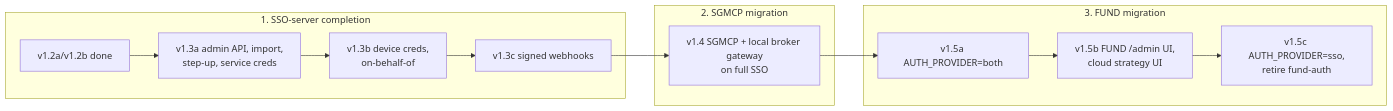
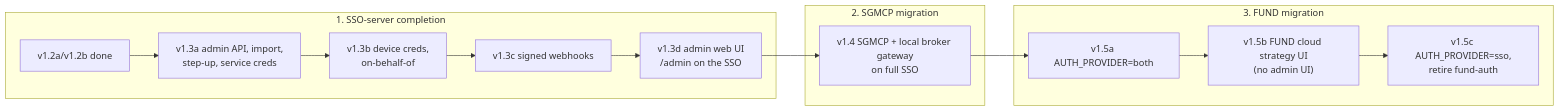
Diagram 18 of 18 in docs/ECOSYSTEM-INTEGRATION.md (Neural-Matrix-LLC/SSO-server), drawn with Mermaid before and after one commit. The commit also changed other lines of this file, not shown here.

Commit message:
docs(ecosystem): admin UI moves to the SSO (/admin, v1.3d); FUND v1.5b loses admin UI; SGMCP v1.4 design pointer

````diff
--- a/docs/ECOSYSTEM-INTEGRATION.md
+++ b/docs/ECOSYSTEM-INTEGRATION.md
@@ -863,15 +891,16 @@
 ```mermaid
 flowchart LR
   subgraph S1["1. SSO-server completion"]
     A["v1.2a/v1.2b done"] --> B["v1.3a admin API, import,<br/>step-up, service creds"]
     B --> C["v1.3b device creds,<br/>on-behalf-of"]
     C --> D["v1.3c signed webhooks"]
+    D --> D2["v1.3d admin web UI<br/>/admin on the SSO"]
   end
   subgraph S2["2. SGMCP migration"]
     E["v1.4 SGMCP + local broker gateway<br/>on full SSO"]
   end
   subgraph S3["3. FUND migration"]
-    F["v1.5a AUTH_PROVIDER=both"] --> G["v1.5b FUND /admin UI,<br/>cloud strategy UI"] --> H["v1.5c AUTH_PROVIDER=sso,<br/>retire fund-auth"]
+    F["v1.5a AUTH_PROVIDER=both"] --> G["v1.5b FUND cloud strategy UI<br/>(no admin UI)"] --> H["v1.5c AUTH_PROVIDER=sso,<br/>retire fund-auth"]
   end
-  D --> E --> F
+  D2 --> E --> F
 ```
````
